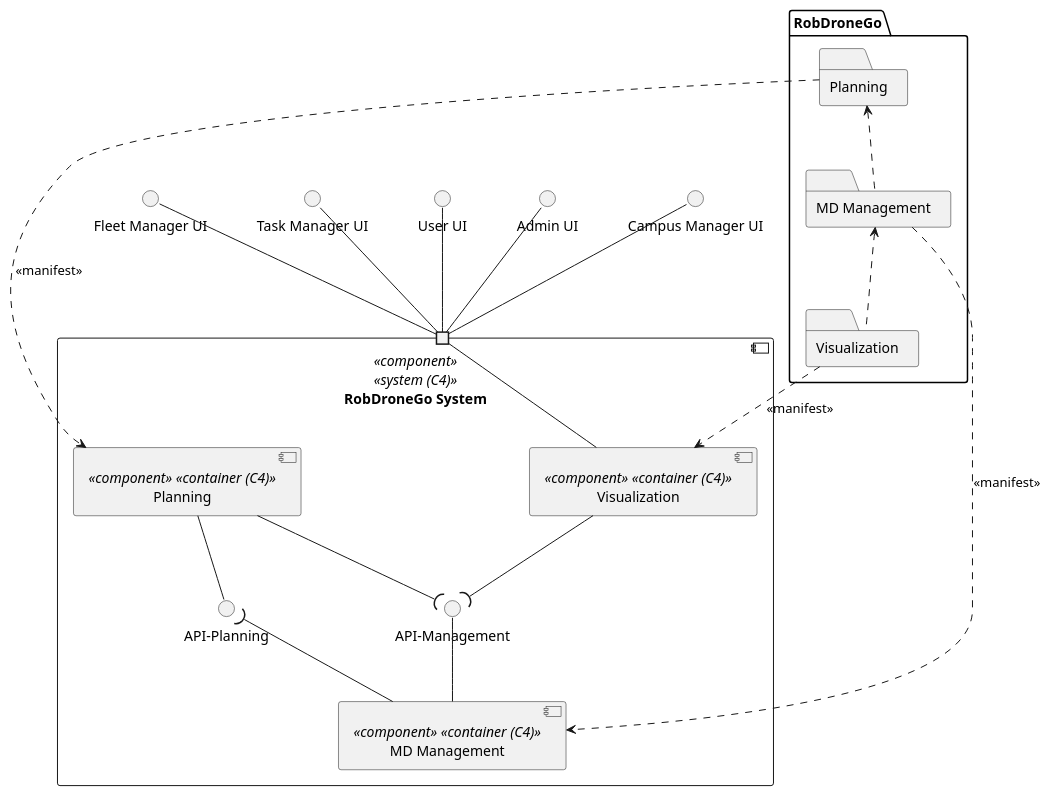
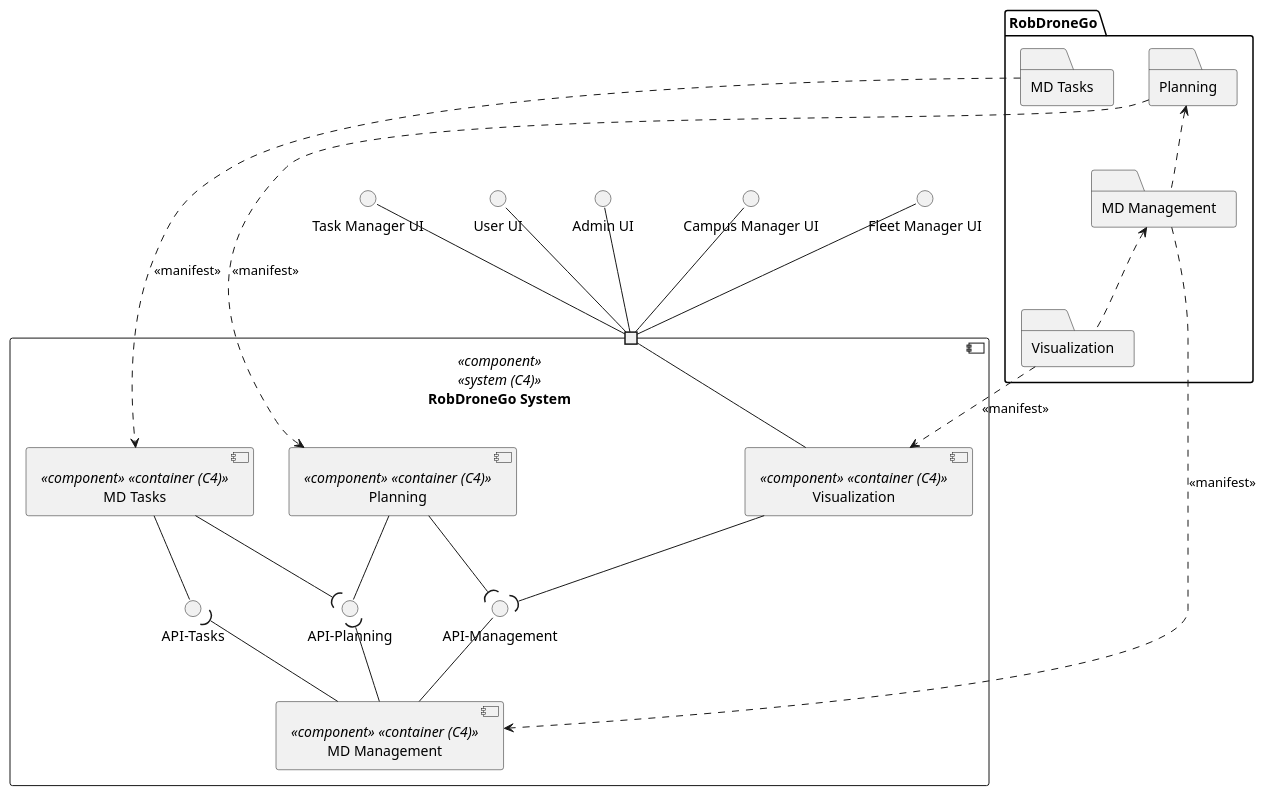
Before and after one commit to miseEnPlace-dev/lapr5: the diagram in _wiki/views/mapping/level-2/lv-iv.puml, drawn with PlantUML. The commit also changed 2 other files, not shown here.

```diff
--- a/_wiki/views/mapping/level-2/lv-iv.puml
+++ b/_wiki/views/mapping/level-2/lv-iv.puml
@@ -1,61 +1,70 @@
 @startuml lv-iv
 
 folder "RobDroneGo" {
   
   folder "Visualization" as PV {
   }
 
   folder "MD Management" as PMDM {
   }
 
   folder "Planning" as PP {
+  }
+  folder "MD Tasks" as PMDT {
   }
 }
 
 
 PMDM <.. PV
 PP <.. PMDM
 
 /' ----------------------------------------------------- '/
 
 interface "Admin UI" as AUI
 interface "Campus Manager UI" as CUI
 interface "Fleet Manager UI" as FUI
 interface "Task Manager UI" as TUI
 interface "User UI" as UUI
 
 component "RobDroneGo System" <<component>> <<system (C4)>> {
   portin " " as P1
 
   Interface "API-Management" as API
   Interface "API-Planning" as PAPI
+  Interface "API-Tasks" as TAPI
   
   component "Visualization" as V <<component>> <<container (C4)>> {
   }
 
   component "MD Management" as MDM <<component>> <<container (C4)>> {
   }
 
   component "Planning" as P <<component>> <<container (C4)>> {
+  }
+  component "MD Tasks" as MDT <<component>> <<container (C4)>> {
   }
 }
 
 
 V -- P1
 MDM -up- API
 V --( API
 P --( API
 P -- PAPI
 MDM -up-( PAPI
+MDT -- TAPI
+MDM -up-( TAPI
+MDT --( PAPI
 
 AUI -- P1
 CUI -- P1
 FUI -- P1
 TUI -- P1
 UUI -- P1
 
 PV ..> V : <<manifest>>
 PMDM ..> MDM : <<manifest>>
 PP ..> P : <<manifest>>
+PMDT ..> MDT : <<manifest>>
 
 @enduml
```
